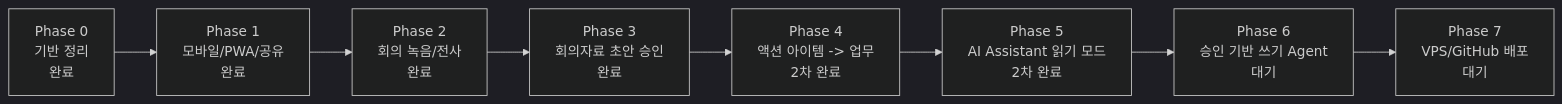
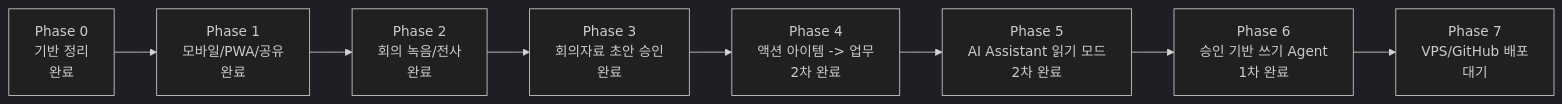
The diagram in docs/PHASE_PROGRESS.md (naral3221-dotcom/intruth.com), drawn with Mermaid (dark theme) before and after one commit. The commit also changed other lines of this file and 10 other files, not shown here.

````diff
--- a/docs/PHASE_PROGRESS.md
+++ b/docs/PHASE_PROGRESS.md
@@ -10,10 +10,10 @@
 ```mermaid
 flowchart LR
   P0["Phase 0\n기반 정리\n완료"] --> P1["Phase 1\n모바일/PWA/공유\n완료"]
   P1 --> P2["Phase 2\n회의 녹음/전사\n완료"]
   P2 --> P3["Phase 3\n회의자료 초안 승인\n완료"]
   P3 --> P4["Phase 4\n액션 아이템 -> 업무\n2차 완료"]
   P4 --> P5["Phase 5\nAI Assistant 읽기 모드\n2차 완료"]
-  P5 --> P6["Phase 6\n승인 기반 쓰기 Agent\n대기"]
+  P5 --> P6["Phase 6\n승인 기반 쓰기 Agent\n1차 완료"]
   P6 --> P7["Phase 7\nVPS/GitHub 배포\n대기"]
 ```
````
